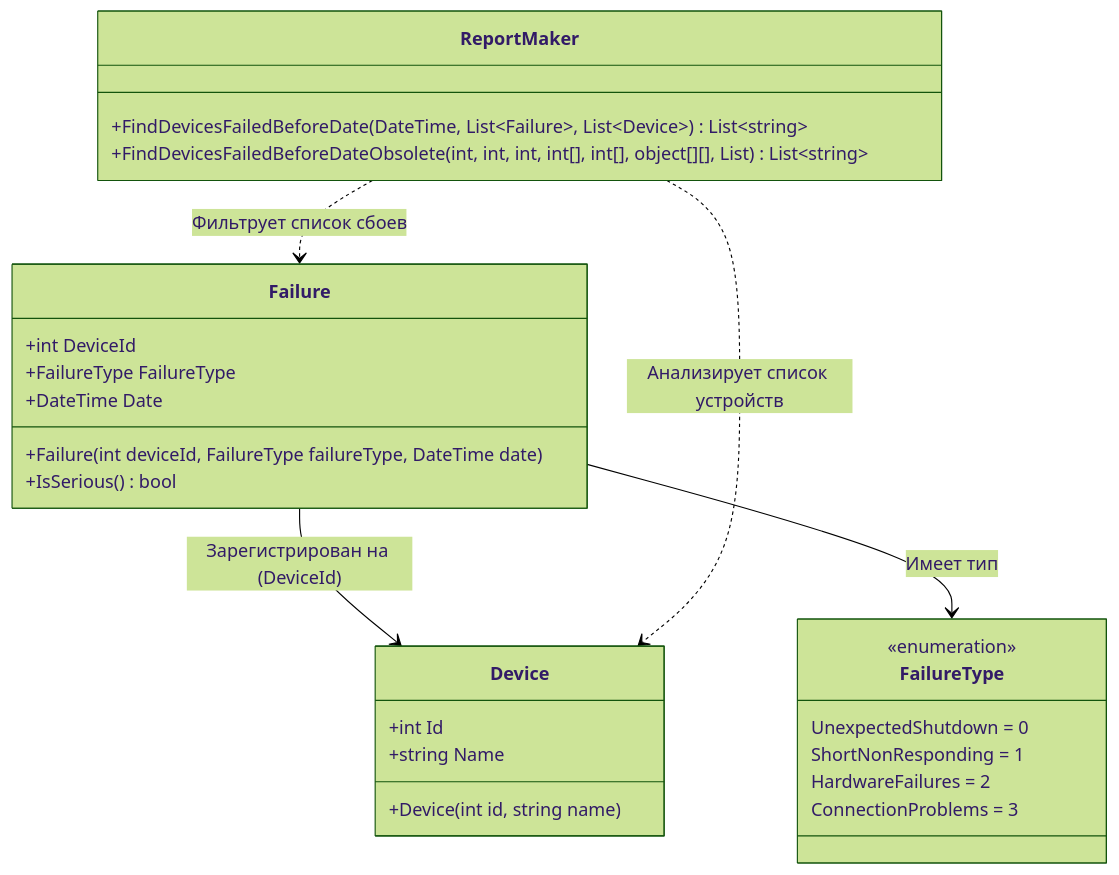
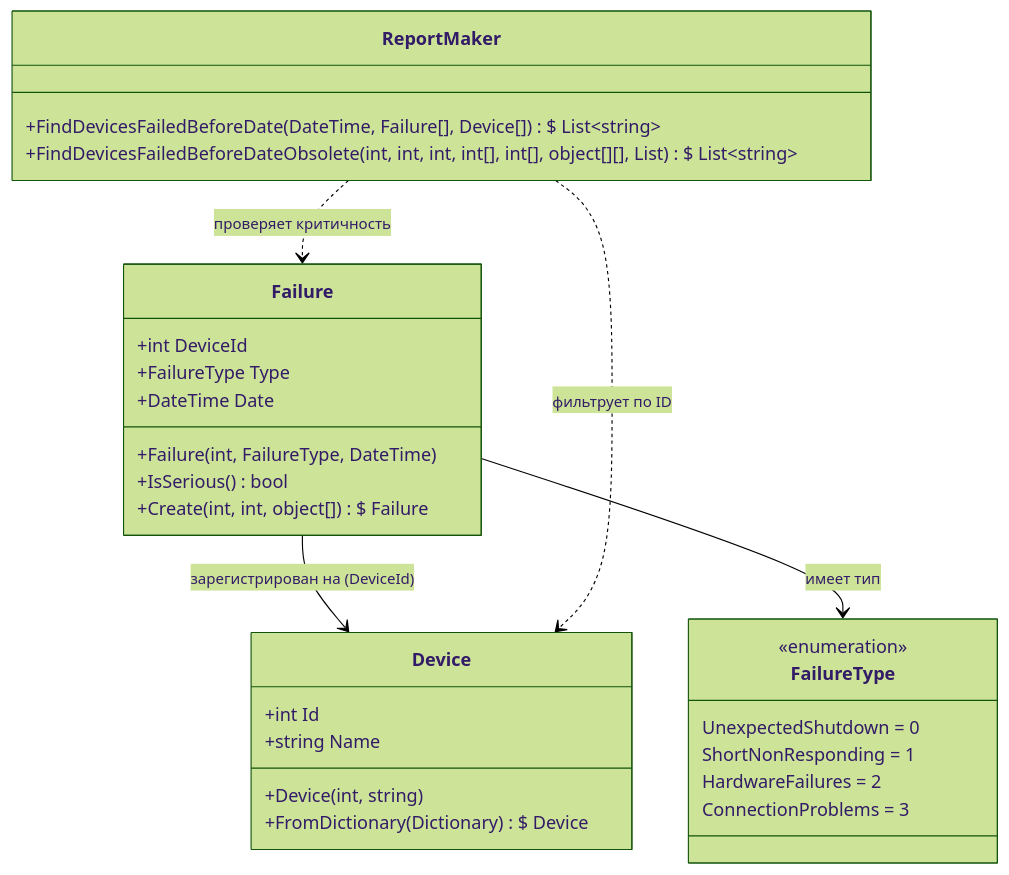
One commit to NingerangorOid/Praktika_2026 changed the diagram in sboi.md. Above: the diagram before and after it, drawn with Mermaid (forest theme).

Commit message:
правки внесены

````diff
--- a/sboi.md
+++ b/sboi.md
@@ -1,37 +1,43 @@
 ```mermaid
 classDiagram
-    %% Перечисление
+    direction TB
+
+    %% Определение перечисления
     class FailureType {
         <<enumeration>>
         UnexpectedShutdown = 0
         ShortNonResponding = 1
         HardwareFailures = 2
         ConnectionProblems = 3
     }
 
-    %% Классы
+    %% Определение классов
     class Device {
         +int Id
         +string Name
-        +Device(int id, string name)
+        +Device(int, string)
+        +FromDictionary(Dictionary)\$ Device
     }
 
     class Failure {
         +int DeviceId
-        +FailureType FailureType
+        +FailureType Type
         +DateTime Date
-        +Failure(int deviceId, FailureType failureType, DateTime date)
+        +Failure(int, FailureType, DateTime)
         +IsSerious() bool
+        +Create(int, int, object[])\$ Failure
     }
 
     class ReportMaker {
-        +FindDevicesFailedBeforeDate(DateTime, List~Failure~, List~Device~) List~string~
-        +FindDevicesFailedBeforeDateObsolete(int, int, int, int[], int[], object[][], List) List~string~
+        +FindDevicesFailedBeforeDate(DateTime, Failure[], Device[])\$ List~string~
+        +FindDevicesFailedBeforeDateObsolete(int, int, int, int[], int[], object[][], List)\$ List~string~
     }
 
-    Failure --> FailureType : Имеет тип
-    Failure --> Device : Зарегистрирован на (DeviceId)
+    %% Структурные связи
+    Failure --> FailureType : <small>имеет тип</small>
+    Failure --> Device : <small>зарегистрирован на (DeviceId)</small>
     
-    ReportMaker ..> Device : Анализирует список устройств
-    ReportMaker ..> Failure : Фильтрует список сбоев
+    %% Зависимости логики обработки
+    ReportMaker ..> Device : <small>фильтрует по ID</small>
+    ReportMaker ..> Failure : <small>проверяет критичность</small>
 ```
````
